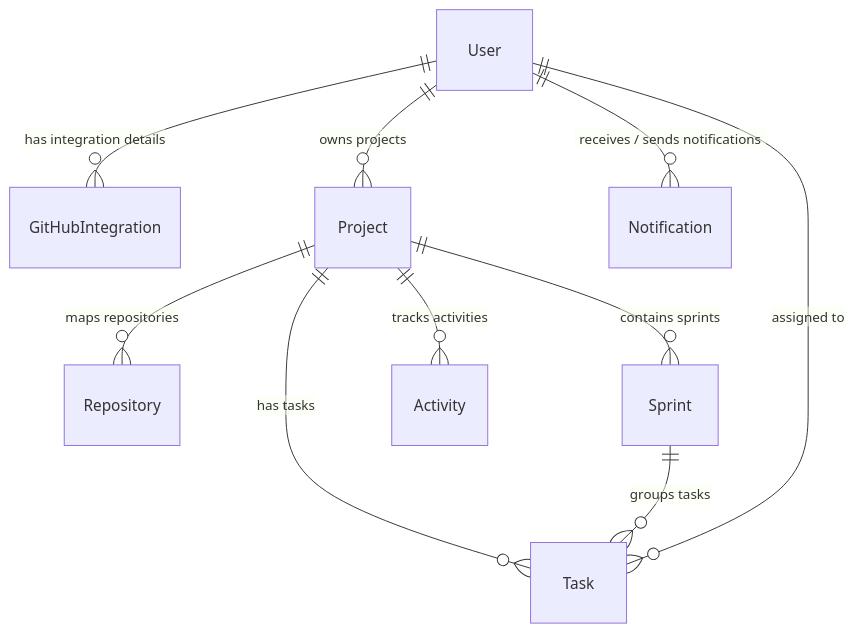
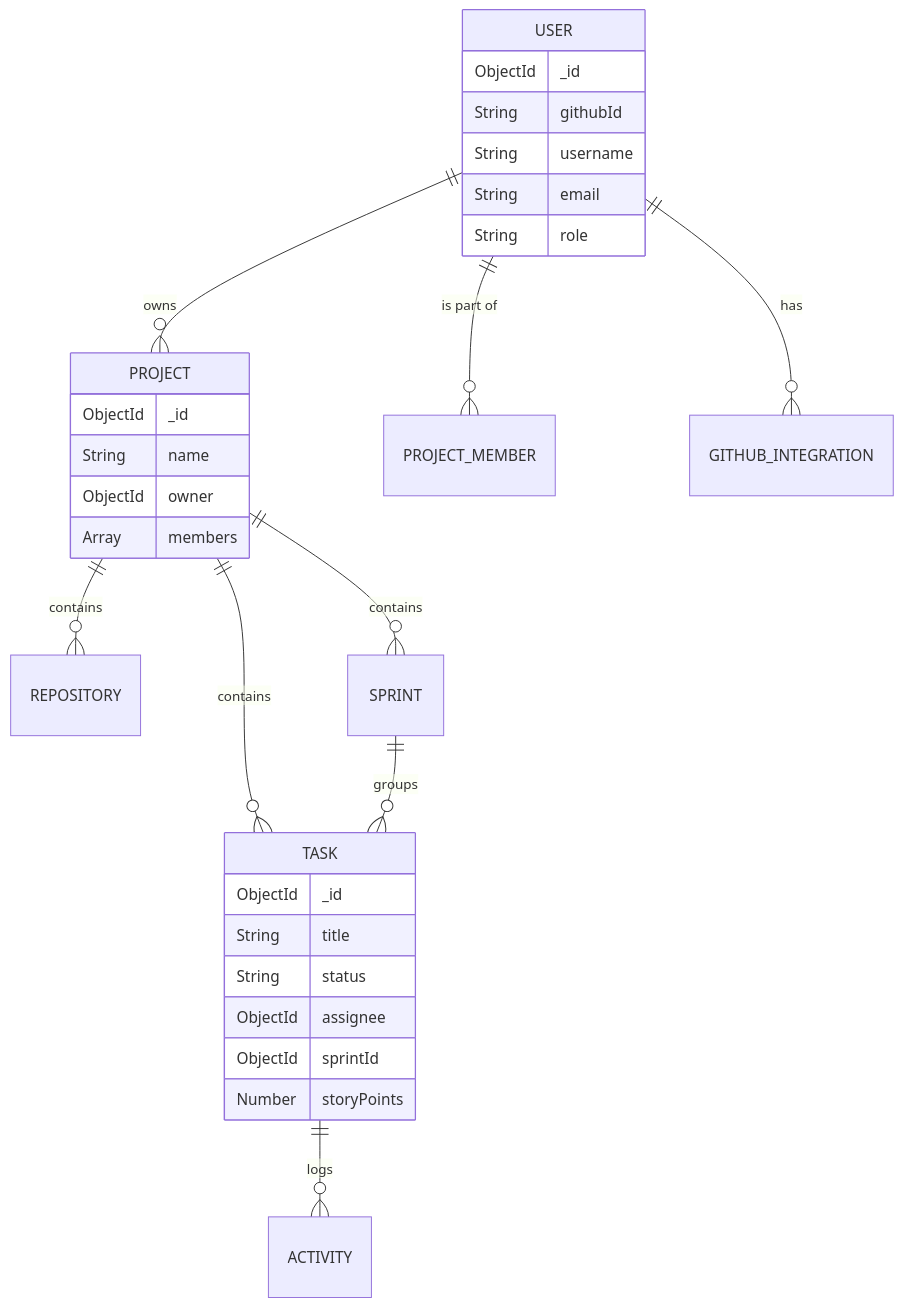
The fourth of 6 diagrams in README.md (JEN-chad/DevFlow), drawn with Mermaid before and after one commit. The commit also changed other lines of this file, not shown here.

````diff
--- a/README.md
+++ b/README.md
@@ -332,12 +199,33 @@
 ```mermaid
 erDiagram
-    User ||--o{ GitHubIntegration : "has integration details"
-    User ||--o{ Project : "owns projects"
-    User ||--o{ Notification : "receives / sends notifications"
-    Project ||--o{ Repository : "maps repositories"
-    Project ||--o{ Sprint : "contains sprints"
-    Project ||--o{ Task : "has tasks"
-    Project ||--o{ Activity : "tracks activities"
-    Sprint ||--o{ Task : "groups tasks"
-    User ||--o{ Task : "assigned to"
+    USER ||--o{ PROJECT : owns
+    USER ||--o{ PROJECT_MEMBER : "is part of"
+    PROJECT ||--o{ REPOSITORY : contains
+    PROJECT ||--o{ SPRINT : contains
+    PROJECT ||--o{ TASK : contains
+    SPRINT ||--o{ TASK : "groups"
+    TASK ||--o{ ACTIVITY : logs
+    USER ||--o{ GITHUB_INTEGRATION : has
+
+    USER {
+        ObjectId _id
+        String githubId
+        String username
+        String email
+        String role
+    }
+    PROJECT {
+        ObjectId _id
+        String name
+        ObjectId owner
+        Array members
+    }
+    TASK {
+        ObjectId _id
+        String title
+        String status
+        ObjectId assignee
+        ObjectId sprintId
+        Number storyPoints
+    }
 ```
````
